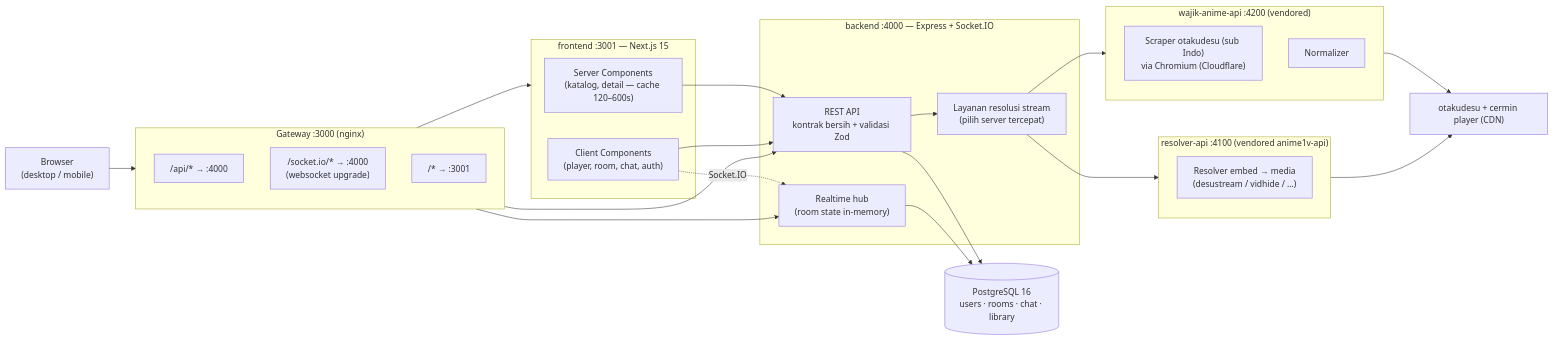
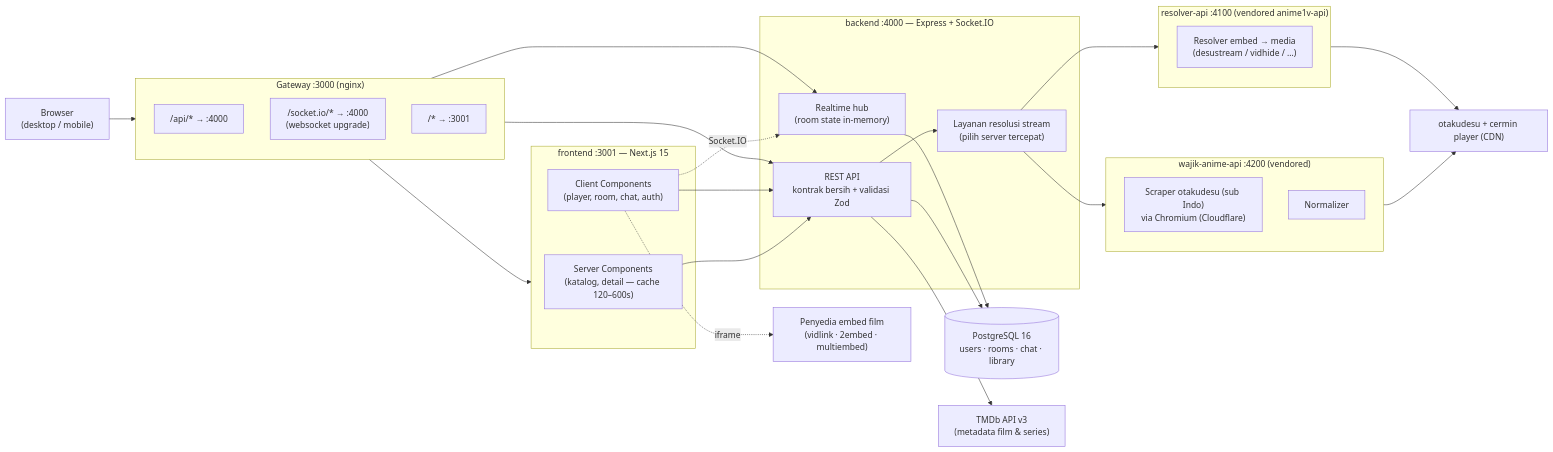
Before and after one commit to Akbar025zzz/nobar-king-akbar-anime: the diagram in README.md, drawn with Mermaid. The commit also changed other lines of this file and 77 other files, not shown here.

First line of the commit message:
Seksi Film & Series (TMDb): katalog Film Indonesia/Populer/Drakor/Dracin, detail + trailer + season, tonton embed penyedia, nobar mode sinema

````diff
--- a/README.md
+++ b/README.md
@@ -104,50 +140,55 @@
 ```mermaid
 flowchart LR
     B["Browser<br/>(desktop / mobile)"]
 
     subgraph GW["Gateway :3000 (nginx)"]
         direction TB
         G1["/api/* → :4000"]
         G2["/socket.io/* → :4000<br/>(websocket upgrade)"]
         G3["/* → :3001"]
     end
 
     subgraph FE["frontend :3001 — Next.js 15"]
         SSR["Server Components<br/>(katalog, detail — cache 120–600s)"]
         CC["Client Components<br/>(player, room, chat, auth)"]
     end
 
     subgraph BE["backend :4000 — Express + Socket.IO"]
         API["REST API<br/>kontrak bersih + validasi Zod"]
         RT["Realtime hub<br/>(room state in-memory)"]
         RES["Layanan resolusi stream<br/>(pilih server tercepat)"]
     end
 
     DB[("PostgreSQL 16<br/>users · rooms · chat · library")]
 
     subgraph SRC["wajik-anime-api :4200 (vendored)"]
         SC["Scraper otakudesu (sub Indo)<br/>via Chromium (Cloudflare)"]
         NR["Normalizer"]
     end
 
     subgraph RSV["resolver-api :4100 (vendored anime1v-api)"]
         PP["Resolver embed → media<br/>(desustream / vidhide / …)"]
     end
 
+    TMDB["TMDb API v3<br/>(metadata film & series)"]
+    EMBED["Penyedia embed film<br/>(vidlink · 2embed · multiembed)"]
+
     ANIME["otakudesu + cermin player (CDN)"]
 
     B --> GW
     G1 --> API
     G2 --> RT
     G3 --> FE
     SSR --> API
     CC --> API
     CC -.->|Socket.IO| RT
     API --> DB
     RT --> DB
     API --> RES
     RES --> SRC
     RES --> RSV
     SRC --> ANIME
     RSV --> ANIME
+    API --> TMDB
+    CC -.->|iframe| EMBED
 ```
````
